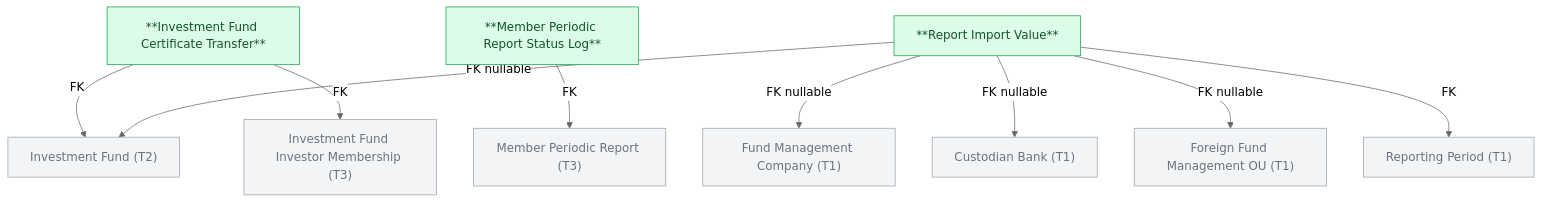
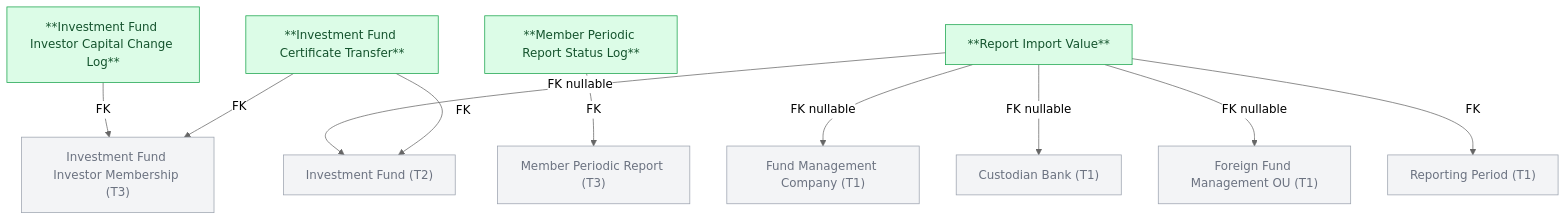
One commit to linhlvit/ubck_atomic_design changed the ninth of 9 diagrams in Silver/hld/FMS_HLD_Tier4.md. Above: the diagram before and after it, drawn with Mermaid (neutral theme). The commit also changed other lines of this file and 57 other files, not shown here.

````diff
--- a/Silver/hld/FMS_HLD_Tier4.md
+++ b/Silver/hld/FMS_HLD_Tier4.md
@@ -196,26 +241,28 @@
 ```mermaid
 graph TD
     classDef silver fill:#dcfce7,stroke:#16a34a,color:#14532d
     classDef refnode fill:#f3f4f6,stroke:#9ca3af,color:#6b7280
 
     FMC["Fund Management Company (T1)"]:::refnode
     FGOU["Foreign Fund Management OU (T1)"]:::refnode
     BNK["Custodian Bank (T1)"]:::refnode
     RPD["Reporting Period (T1)"]:::refnode
     FUND["Investment Fund (T2)"]:::refnode
     MBF["Investment Fund Investor Membership (T3)"]:::refnode
     RPT["Member Periodic Report (T3)"]:::refnode
 
     TRCF["**Investment Fund Certificate Transfer**"]:::silver
     RLOG["**Member Periodic Report Status Log**"]:::silver
     RIV["**Report Import Value**"]:::silver
+    CHG["**Investment Fund Investor Capital Change Log**"]:::silver
 
     TRCF -->|FK| FUND
     TRCF -->|FK| MBF
     RLOG -->|FK| RPT
+    CHG -->|FK| MBF
     RIV -->|FK nullable| FMC
     RIV -->|FK nullable| FUND
     RIV -->|FK nullable| BNK
     RIV -->|FK nullable| FGOU
     RIV -->|FK| RPD
 ```
````
